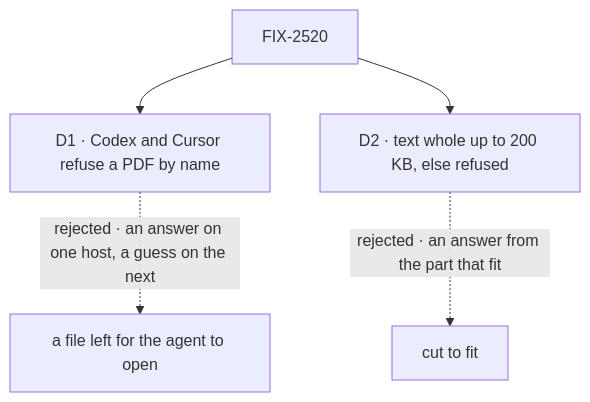
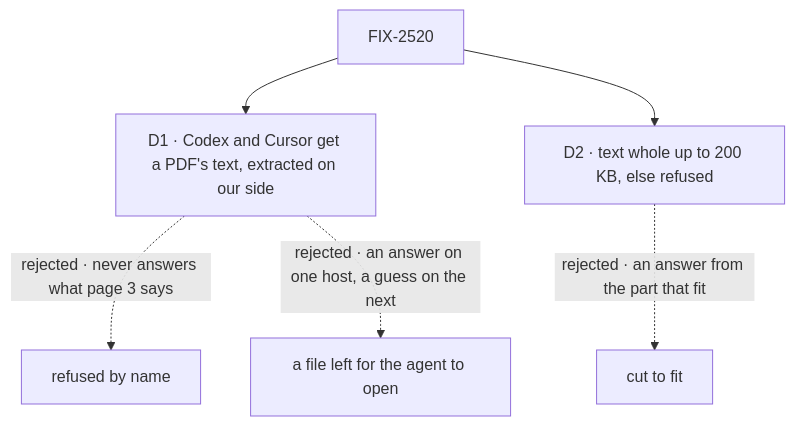
Before and after one commit to fixpoint-labs/flow-state-dev: the diagram in specs/issues/FIX-2520/DECISIONS.md, drawn with Mermaid. The commit also changed other lines of this file and 24 other files, not shown here.

````diff
--- a/specs/issues/FIX-2520/DECISIONS.md
+++ b/specs/issues/FIX-2520/DECISIONS.md
@@ -12,7 +13,8 @@
 ```mermaid
 flowchart TD
-  I["FIX-2520"] --> D1["D1 · Codex and Cursor refuse a PDF by name"]
-  D1 -.->|"rejected · an answer on one host, a guess on the next"| X1["a file left for the agent to open"]
+  I["FIX-2520"] --> D1["D1 · Codex and Cursor get a PDF's text, extracted on our side"]
+  D1 -.->|"rejected · never answers what page 3 says"| X1["refused by name"]
+  D1 -.->|"rejected · an answer on one host, a guess on the next"| X3["a file left for the agent to open"]
   I --> D2["D2 · text whole up to 200 KB, else refused"]
   D2 -.->|"rejected · an answer from the part that fit"| X2["cut to fit"]
 ```
````
